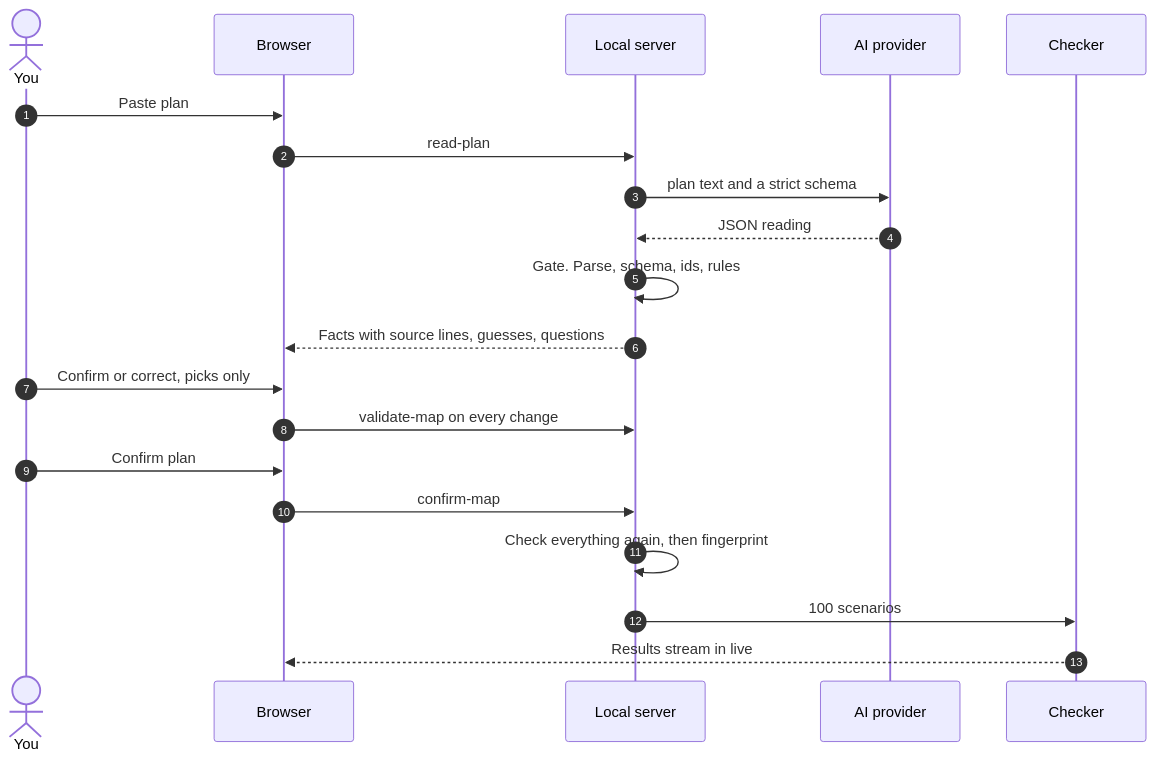
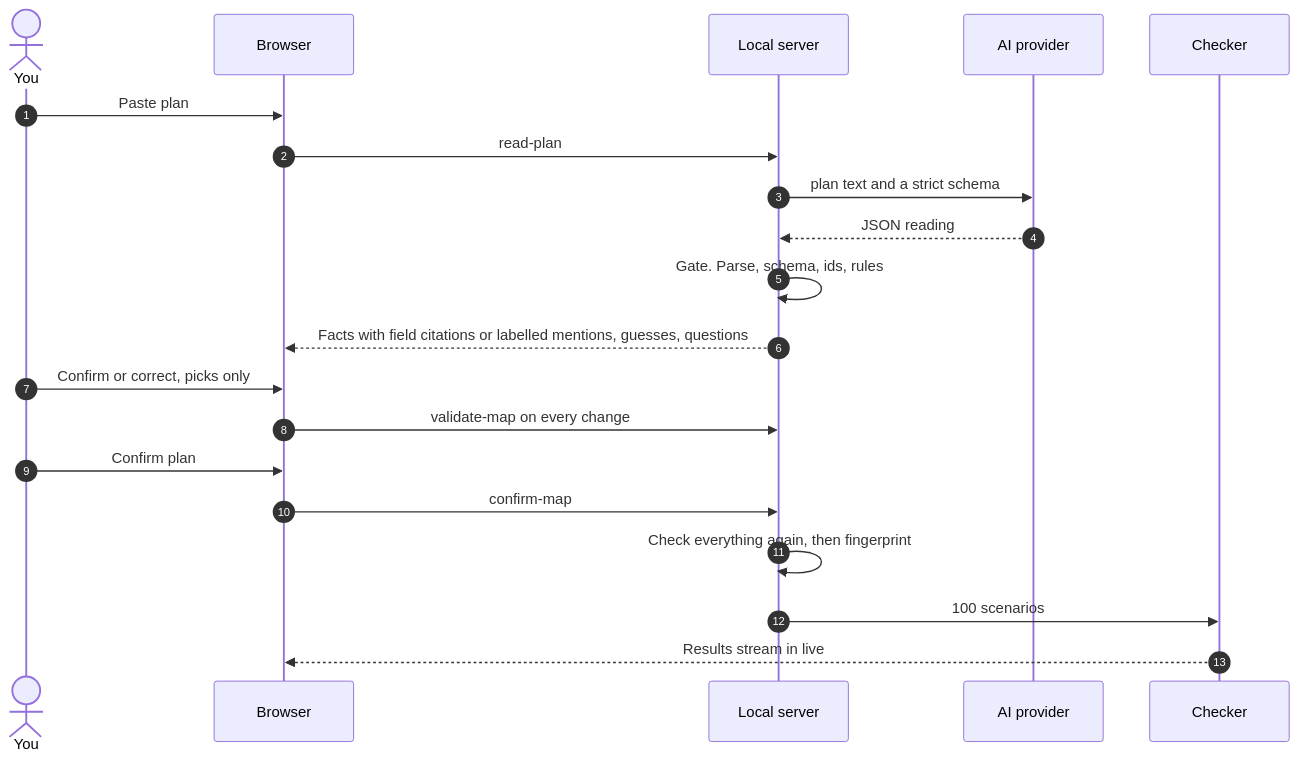
The fourth of 7 diagrams in README.md (vighriday/failure-compiler), drawn with Mermaid before and after one commit. The commit also changed other lines of this file and 37 other files, not shown here.

Commit message:
Link facts to real source evidence and review the new reading

````diff
--- a/README.md
+++ b/README.md
@@ -317,22 +317,22 @@
 ```mermaid
 sequenceDiagram
     autonumber
     actor You
     participant App as Browser
     participant S as Local server
     participant AI as AI provider
     participant K as Checker
     You->>App: Paste plan
     App->>S: read-plan
     S->>AI: plan text and a strict schema
     AI-->>S: JSON reading
     S->>S: Gate. Parse, schema, ids, rules
-    S-->>App: Facts with source lines, guesses, questions
+    S-->>App: Facts with field citations or labelled mentions, guesses, questions
     You->>App: Confirm or correct, picks only
     App->>S: validate-map on every change
     You->>App: Confirm plan
     App->>S: confirm-map
     S->>S: Check everything again, then fingerprint
     S->>K: 100 scenarios
     K-->>App: Results stream in live
 ```
````
